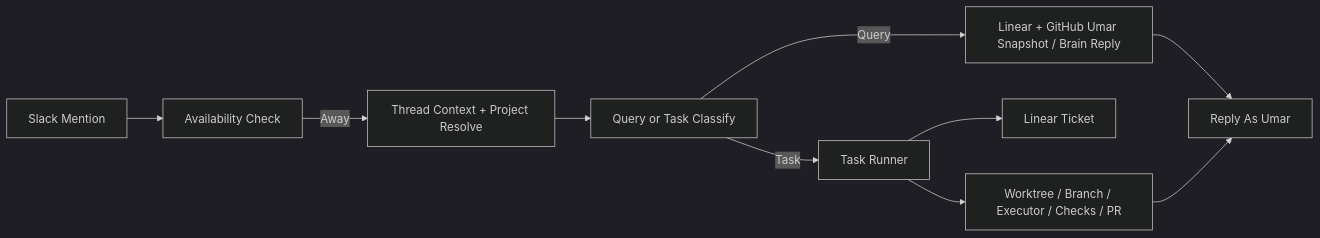
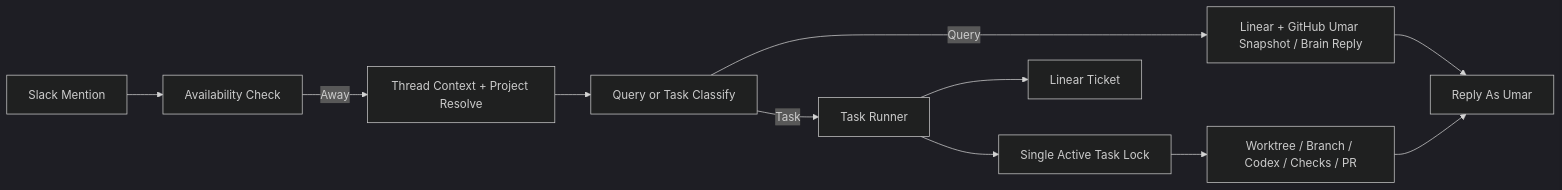
The first of 2 diagrams in docs/AUTOMATION_ROADMAP.md (Umar-Auth/overlap-guard), drawn with Mermaid (dark theme) before and after one commit. The commit also changed other lines of this file and 19 other files, not shown here.

First line of the commit message:
feat: add Codex executor, preflight checks, and task state management

````diff
--- a/docs/AUTOMATION_ROADMAP.md
+++ b/docs/AUTOMATION_ROADMAP.md
@@ -28,12 +31,13 @@
 ```mermaid
 flowchart LR
   A["Slack Mention"] --> B["Availability Check"]
   B -->|Away| C["Thread Context + Project Resolve"]
   C --> D["Query or Task Classify"]
   D -->|Query| E["Linear + GitHub Umar Snapshot / Brain Reply"]
   D -->|Task| F["Task Runner"]
   F --> G["Linear Ticket"]
-  F --> H["Worktree / Branch / Executor / Checks / PR"]
-  E --> I["Reply As Umar"]
-  H --> I
+  F --> H["Single Active Task Lock"]
+  H --> I["Worktree / Branch / Codex / Checks / PR"]
+  E --> J["Reply As Umar"]
+  I --> J
 ```
````
